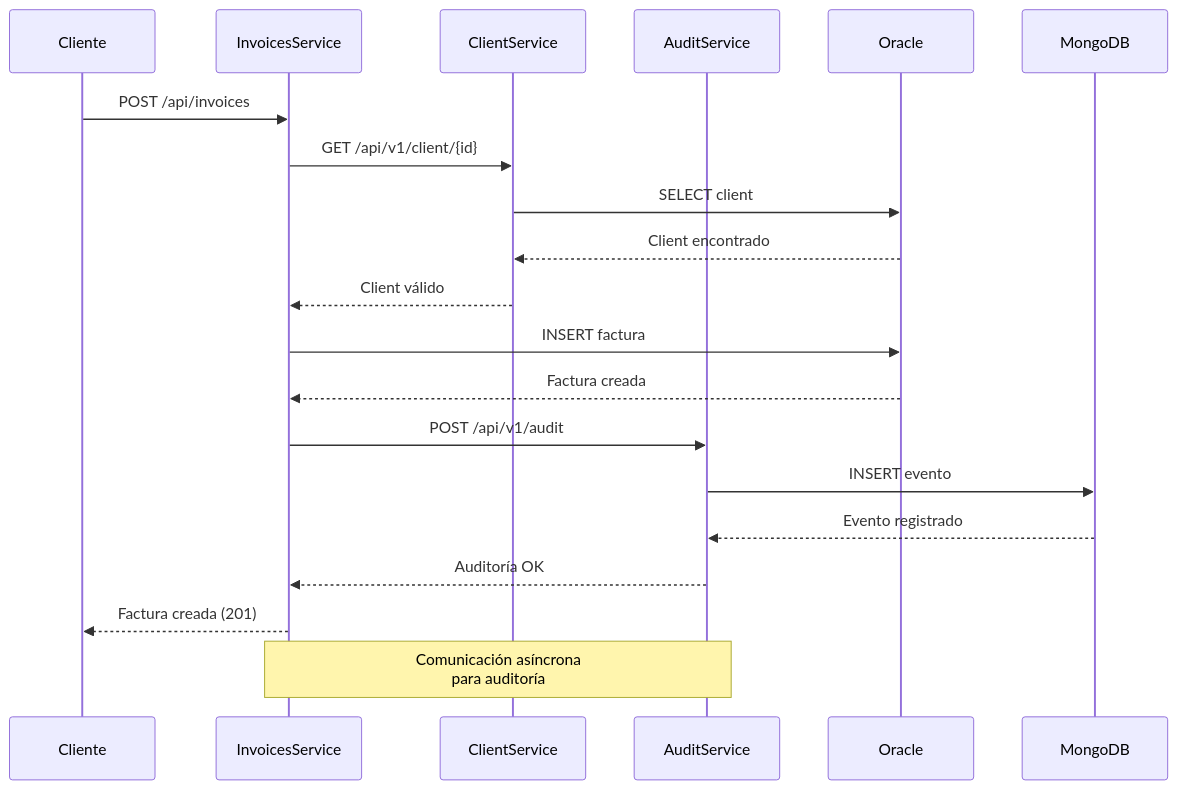
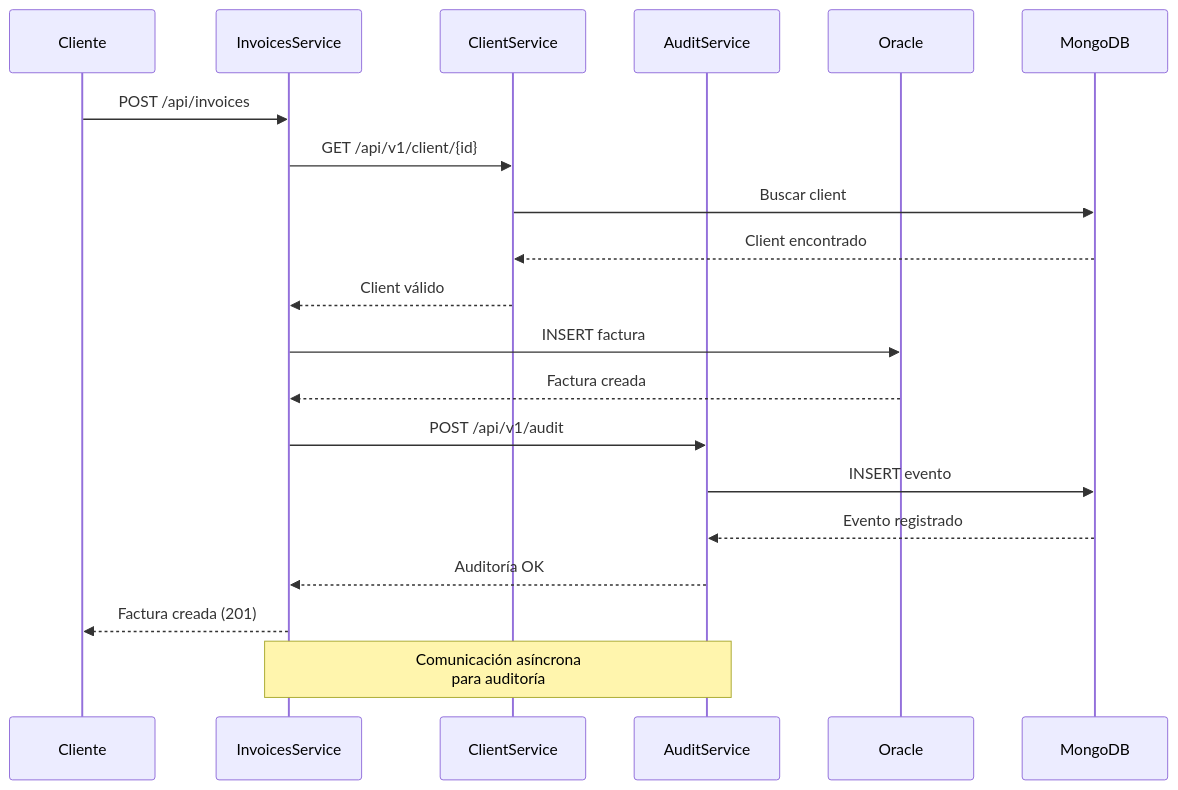
One commit to mailo2202/prueba-tecnica-double-v changed the second of 5 diagrams in docs/arquitectura.md. Above: the diagram before and after it, drawn with Mermaid. The commit also changed other lines of this file and 1 other file, not shown here.

````diff
--- a/docs/arquitectura.md
+++ b/docs/arquitectura.md
@@ -56,24 +56,24 @@
 ```mermaid
 sequenceDiagram
     participant C as Cliente
     participant F as InvoicesService
     participant CS as ClientService
     participant AS as AuditService
     participant O as Oracle
     participant M as MongoDB
     
     C->>F: POST /api/invoices
     F->>CS: GET /api/v1/client/{id}
-    CS->>O: SELECT client
-    O-->>CS: Client encontrado
+    CS->>M: Buscar client
+    M-->>CS: Client encontrado
     CS-->>F: Client válido
     F->>O: INSERT factura
     O-->>F: Factura creada
     F->>AS: POST /api/v1/audit
     AS->>M: INSERT evento
     M-->>AS: Evento registrado
     AS-->>F: Auditoría OK
     F-->>C: Factura creada (201)
     
     Note over F,AS: Comunicación asíncrona<br/>para auditoría
 ```
````
